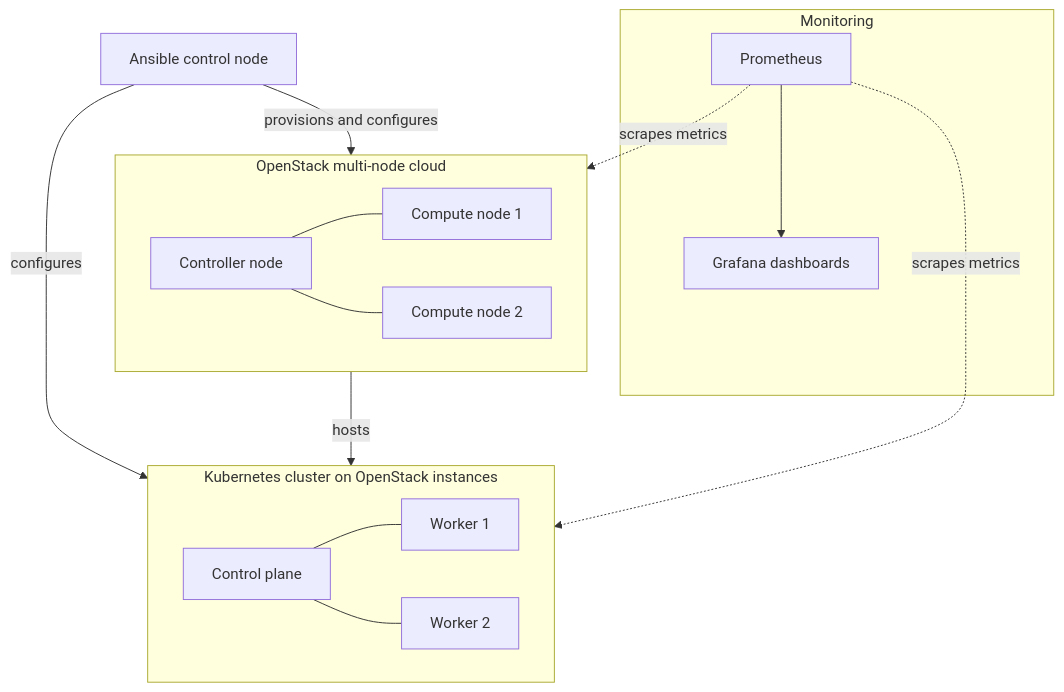
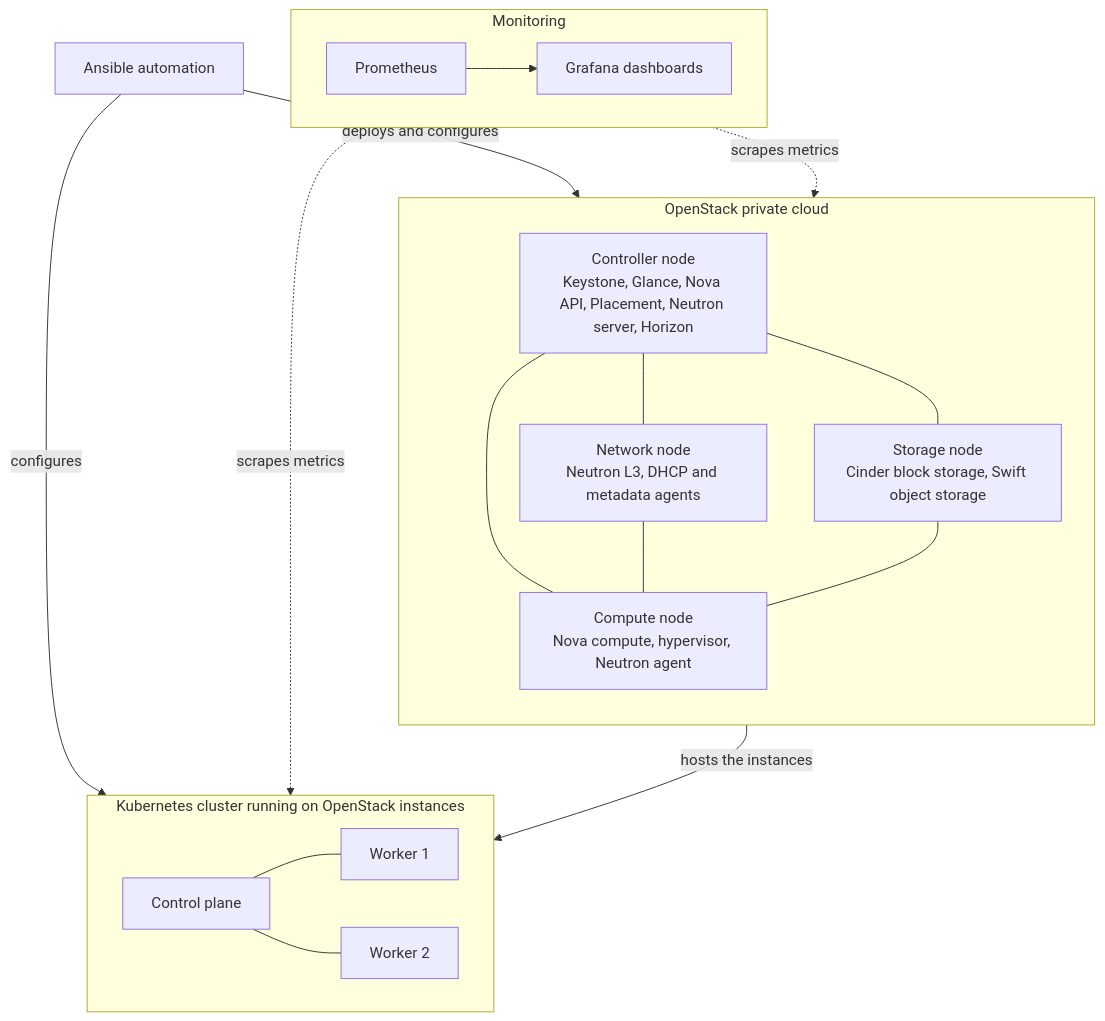
The diagram in README.md (Hamoda73/Openstack-K8S-Multinode-Cloud), drawn with Mermaid before and after one commit. The commit also changed other lines of this file, not shown here.

````diff
--- a/README.md
+++ b/README.md
@@ -40,26 +40,37 @@
 ```mermaid
 flowchart TB
-    ANS["Ansible control node"]
-    subgraph Cloud["OpenStack multi-node cloud"]
-        CTRL["Controller node"]
-        COMP1["Compute node 1"]
-        COMP2["Compute node 2"]
-        CTRL --- COMP1
-        CTRL --- COMP2
+    ANS["Ansible automation"]
+
+    subgraph OS["OpenStack private cloud"]
+        direction TB
+        CTRL["Controller node<br/>Keystone, Glance, Nova API, Placement, Neutron server, Horizon"]
+        NET["Network node<br/>Neutron L3, DHCP and metadata agents"]
+        COMP["Compute node<br/>Nova compute, hypervisor, Neutron agent"]
+        STOR["Storage node<br/>Cinder block storage, Swift object storage"]
+        CTRL --- NET
+        CTRL --- COMP
+        CTRL --- STOR
+        NET --- COMP
+        STOR --- COMP
     end
-    subgraph K8S["Kubernetes cluster on OpenStack instances"]
+
+    subgraph K8S["Kubernetes cluster running on OpenStack instances"]
+        direction LR
         MASTER["Control plane"]
         W1["Worker 1"]
         W2["Worker 2"]
         MASTER --- W1
         MASTER --- W2
     end
+
     subgraph MON["Monitoring"]
+        direction LR
         PROM["Prometheus"] --> GRAF["Grafana dashboards"]
     end
-    ANS -->|provisions and configures| Cloud
+
+    ANS -->|deploys and configures| OS
     ANS -->|configures| K8S
-    Cloud -->|hosts| K8S
-    PROM -. scrapes metrics .-> Cloud
+    COMP -->|hosts the instances| K8S
+    PROM -. scrapes metrics .-> OS
     PROM -. scrapes metrics .-> K8S
 ```
````
